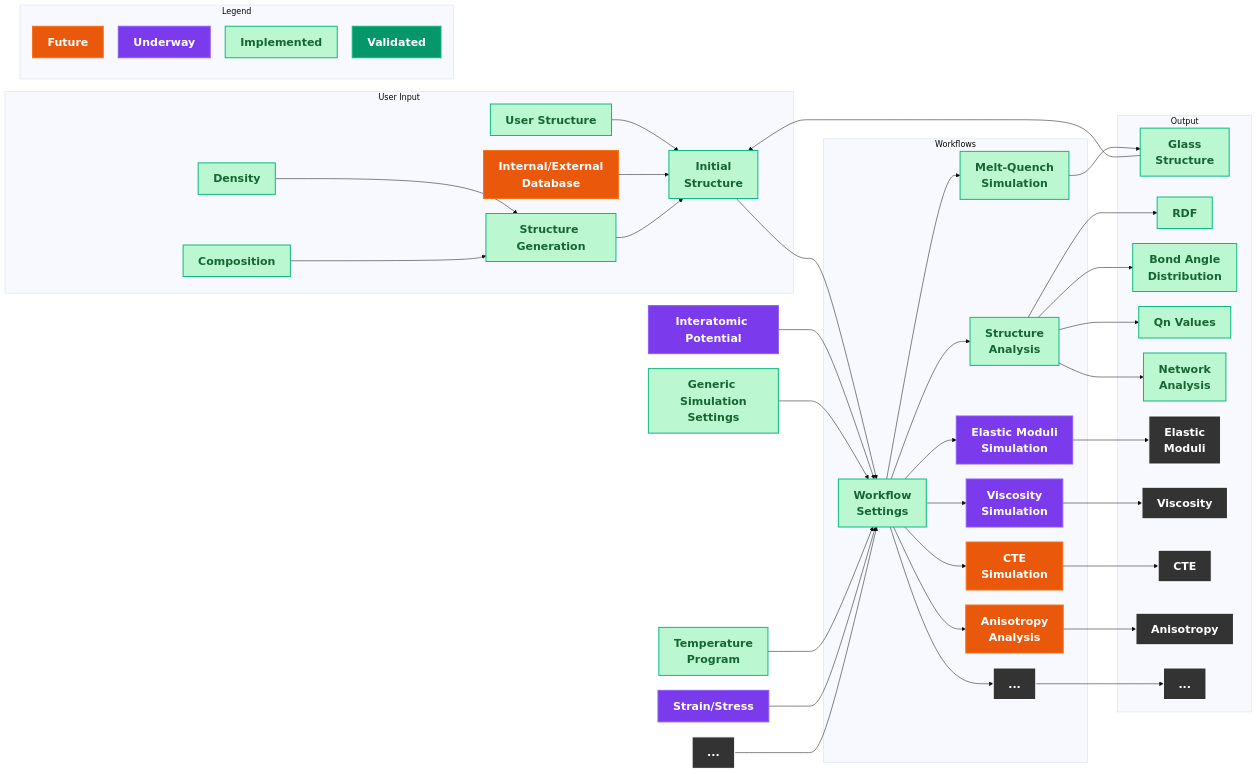
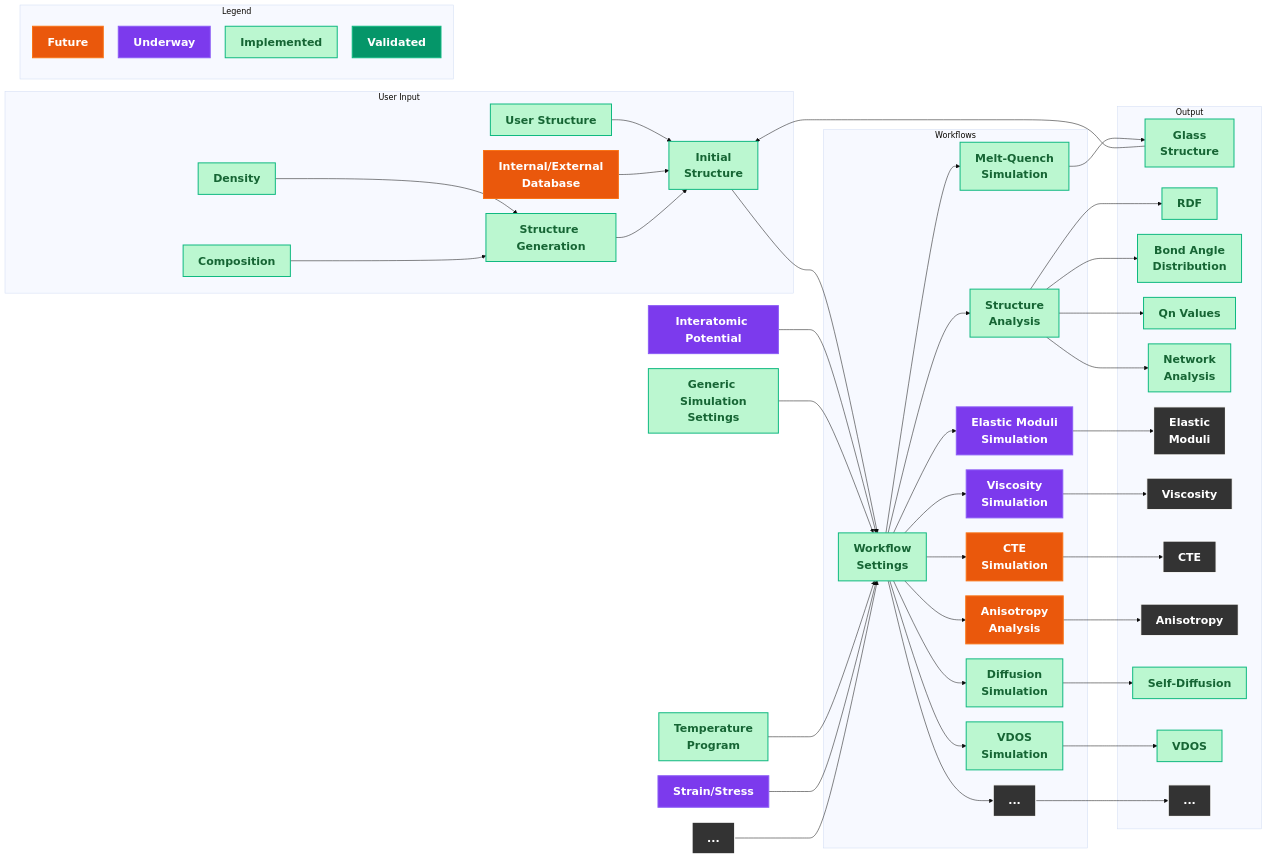
Before and after one commit to glasagent/amorphouspy: the diagram in docs/developers/architecture.md, drawn with Mermaid (base theme). The commit also changed 1 other file, not shown here.

Commit message:
docs: mention the vdos and diffusion workflows in the readme and architecture diagram (#460)

```diff
--- a/docs/developers/architecture.md
+++ b/docs/developers/architecture.md
@@ -34,6 +34,8 @@
       ViscositySimulation["Viscosity<br/>Simulation"]
       CTESimulation["CTE<br/>Simulation"]
       AnisotropyAnalysis["Anisotropy<br/>Analysis"]
+      DiffusionSimulation["Diffusion<br/>Simulation"]
+      VDOSSimulation["VDOS<br/>Simulation"]
       OthersWorkflow[...]
    end
 
@@ -47,6 +49,8 @@
       Viscosity[Viscosity]
       CTE[CTE]
       Anisotropy[Anisotropy]
+      Diffusion["Self-Diffusion"]
+      VDOS["VDOS"]
       OthersOutput[...]
    end
 
@@ -80,6 +84,8 @@
    WorkflowSettings --> ViscositySimulation --> Viscosity
    WorkflowSettings --> CTESimulation --> CTE
    WorkflowSettings --> AnisotropyAnalysis --> Anisotropy
+   WorkflowSettings --> DiffusionSimulation --> Diffusion
+   WorkflowSettings --> VDOSSimulation --> VDOS
    WorkflowSettings --> OthersWorkflow --> OthersOutput
    StructureAnalysis --> RDF
    StructureAnalysis --> BondAngleDistribution
@@ -95,7 +101,7 @@
    classDef none fill:#333333,stroke:#ffffff,stroke-width:2px,color:#fff,font-weight:bold,font-size:22px;
 
 
-class Implemented,Density,Composition,AdhocGeneration,InputStructure,TemperatureProgram,WorkflowSettings,StructureAnalysis,NetworkAnalysis,BondAngleDistribution,RDF,QnDistribution,MeltQuench,GlassStructure,UserStructure,SystemSize,GenericSimulationSettings implemented
+class Implemented,Density,Composition,AdhocGeneration,InputStructure,TemperatureProgram,WorkflowSettings,StructureAnalysis,NetworkAnalysis,BondAngleDistribution,RDF,QnDistribution,MeltQuench,GlassStructure,UserStructure,SystemSize,GenericSimulationSettings,DiffusionSimulation,Diffusion,VDOSSimulation,VDOS implemented
 class Validated validated
 class Underway,ViscositySimulation,ElasticModuliSimulation,Strain,FF underway
 class Future,CTESimulation,AnisotropyAnalysis,Database, future
```
